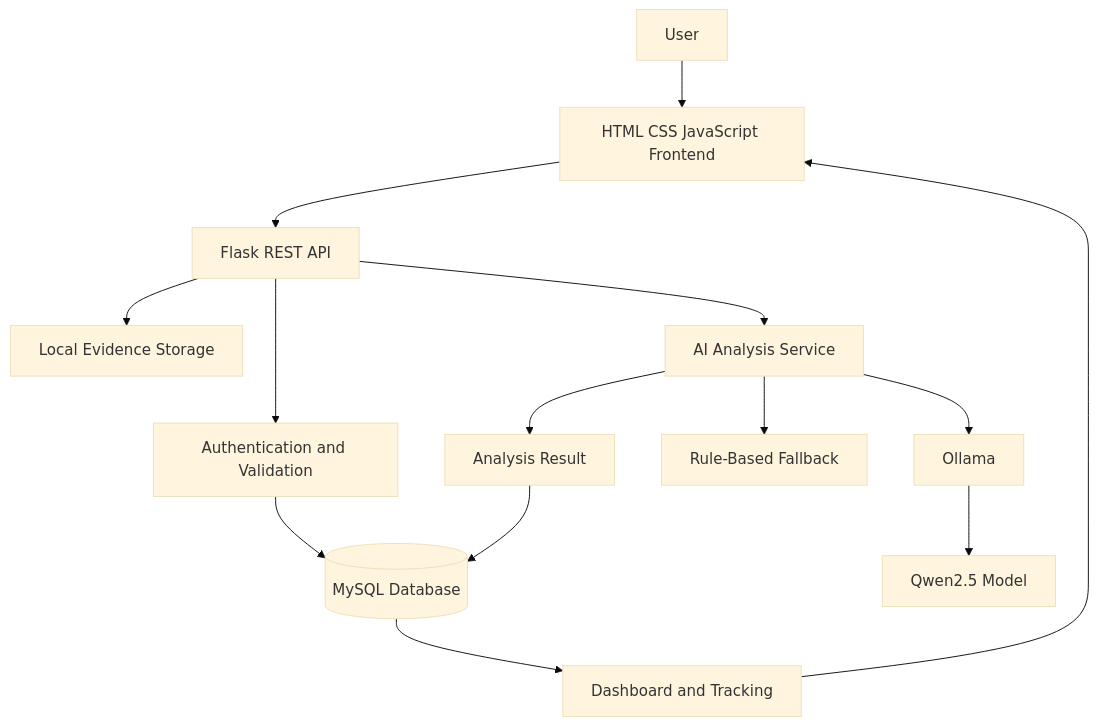
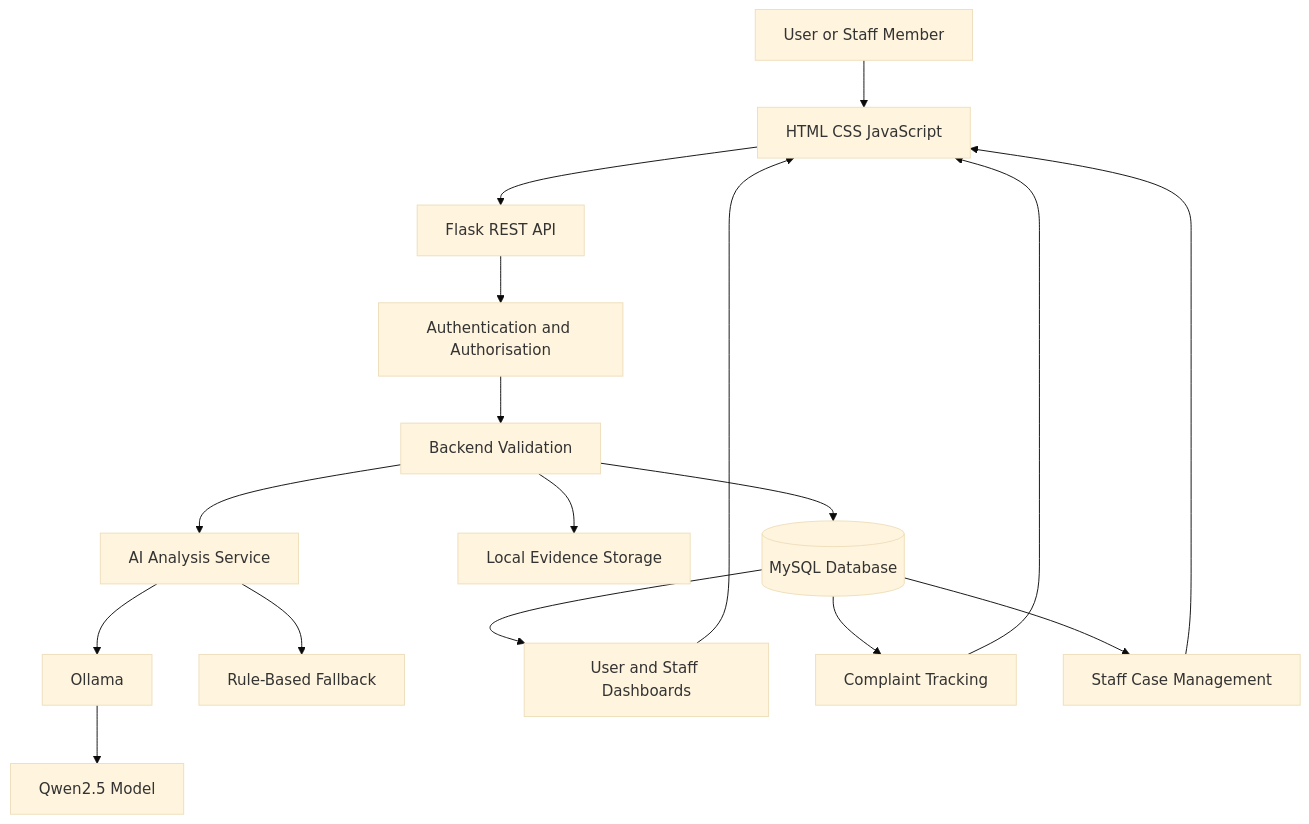
One commit to kaithepallivijayvardhan08-spec/cyber-crime-reporting-website changed the third of 3 diagrams in README.md. Above: the diagram before and after it, drawn with Mermaid (base theme). The commit also changed other lines of this file, not shown here.

````diff
--- a/README.md
+++ b/README.md
@@ -484,16 +813,24 @@
 ```mermaid
 flowchart TD
-    U[User] --> FE[HTML CSS JavaScript Frontend]
+    U[User or Staff Member] --> FE[HTML CSS JavaScript]
     FE --> API[Flask REST API]
-    API --> AUTH[Authentication and Validation]
-    AUTH --> DB[(MySQL Database)]
-    API --> FILES[Local Evidence Storage]
-    API --> AI[AI Analysis Service]
+
+    API --> AUTH[Authentication and Authorisation]
+    AUTH --> VALID[Backend Validation]
+
+    VALID --> DB[(MySQL Database)]
+    VALID --> FILES[Local Evidence Storage]
+    VALID --> AI[AI Analysis Service]
+
     AI --> O[Ollama]
     O --> Q[Qwen2.5 Model]
-    AI --> FB[Rule-Based Fallback]
-    AI --> RESULT[Analysis Result]
-    RESULT --> DB
-    DB --> DASH[Dashboard and Tracking]
+    AI --> FALLBACK[Rule-Based Fallback]
+
+    DB --> DASH[User and Staff Dashboards]
+    DB --> TRACK[Complaint Tracking]
+    DB --> CASES[Staff Case Management]
+
     DASH --> FE
+    TRACK --> FE
+    CASES --> FE
 ```
````
